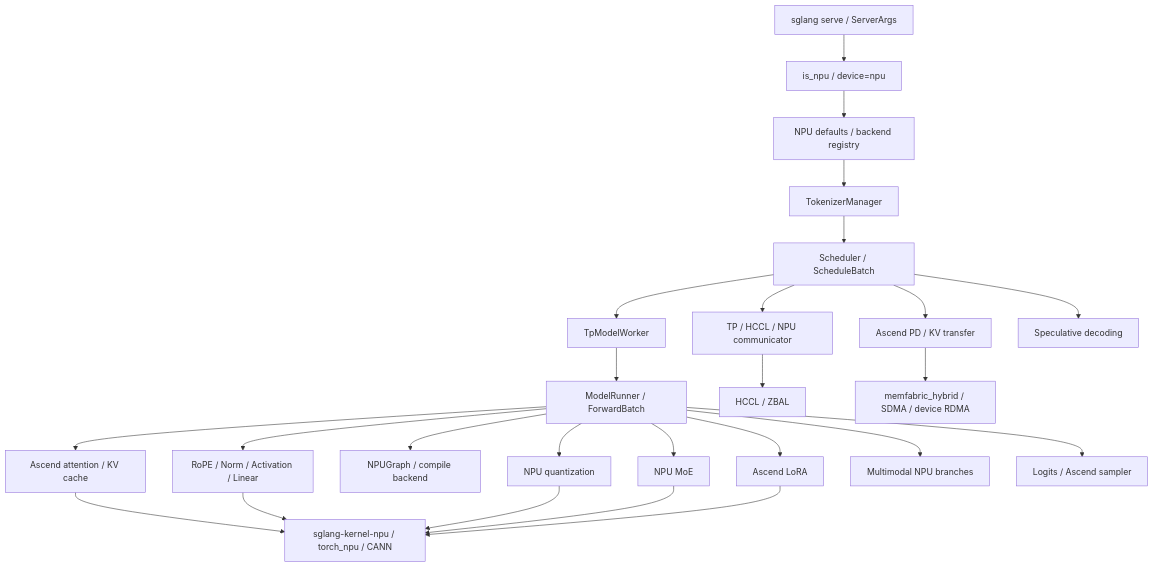
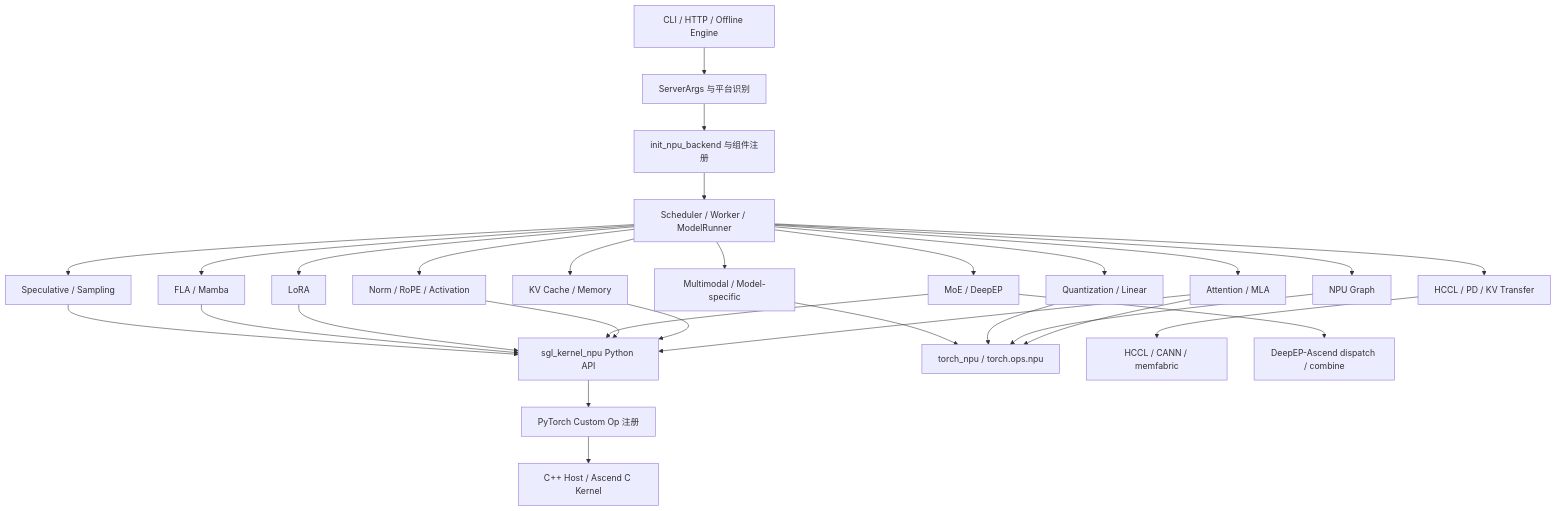
Before and after one commit to cl-vv-h/SGLang_Tutor: the diagram in learning/sglang-ascend-npu/source-code-walkthrough/README.md, drawn with Mermaid. The commit also changed other lines of this file and 8 other files, not shown here.

Commit message:
docs: restructure SGLang NPU source walkthrough by component

````diff
--- a/learning/sglang-ascend-npu/source-code-walkthrough/README.md
+++ b/learning/sglang-ascend-npu/source-code-walkthrough/README.md
@@ -49,29 +86,36 @@
 ```mermaid
 flowchart TB
-  CLI["sglang serve / ServerArgs"] --> DETECT["is_npu / device=npu"]
-  DETECT --> DEFAULTS["NPU defaults / backend registry"]
-  DEFAULTS --> TM["TokenizerManager"]
-  TM --> SCH["Scheduler / ScheduleBatch"]
-  SCH --> WORKER["TpModelWorker"]
-  WORKER --> MR["ModelRunner / ForwardBatch"]
+  API["CLI / HTTP / Offline Engine"] --> ARGS["ServerArgs 与平台识别"]
+  ARGS --> INIT["init_npu_backend 与组件注册"]
+  INIT --> RUNTIME["Scheduler / Worker / ModelRunner"]
 
-  MR --> ATTN["Ascend attention / KV cache"]
-  MR --> LAYER["RoPE / Norm / Activation / Linear"]
-  MR --> GRAPH["NPUGraph / compile backend"]
-  MR --> QUANT["NPU quantization"]
-  MR --> MOE["NPU MoE"]
-  MR --> LORA["Ascend LoRA"]
-  SCH --> DIST["TP / HCCL / NPU communicator"]
-  SCH --> PD["Ascend PD / KV transfer"]
-  SCH --> SPEC["Speculative decoding"]
-  MR --> MM["Multimodal NPU branches"]
-  MR --> LOGITS["Logits / Ascend sampler"]
+  RUNTIME --> ATTENTION["Attention / MLA"]
+  RUNTIME --> GRAPH["NPU Graph"]
+  RUNTIME --> CACHE["KV Cache / Memory"]
+  RUNTIME --> LAYER["Norm / RoPE / Activation"]
+  RUNTIME --> QUANT["Quantization / Linear"]
+  RUNTIME --> MOE["MoE / DeepEP"]
+  RUNTIME --> LORA["LoRA"]
+  RUNTIME --> SEQ["FLA / Mamba"]
+  RUNTIME --> SPEC["Speculative / Sampling"]
+  RUNTIME --> MODEL["Multimodal / Model-specific"]
+  RUNTIME --> DIST["HCCL / PD / KV Transfer"]
 
-  ATTN --> KERNEL["sglang-kernel-npu / torch_npu / CANN"]
-  LAYER --> KERNEL
-  QUANT --> KERNEL
-  MOE --> KERNEL
-  LORA --> KERNEL
-  DIST --> HCCL["HCCL / ZBAL"]
-  PD --> MF["memfabric_hybrid / SDMA / device RDMA"]
+  ATTENTION --> WRAPPER["sgl_kernel_npu Python API"]
+  CACHE --> WRAPPER
+  LAYER --> WRAPPER
+  MOE --> WRAPPER
+  LORA --> WRAPPER
+  SEQ --> WRAPPER
+  SPEC --> WRAPPER
+
+  ATTENTION --> TORCHNPU["torch_npu / torch.ops.npu"]
+  GRAPH --> TORCHNPU
+  QUANT --> TORCHNPU
+  MODEL --> TORCHNPU
+  DIST --> HCCL["HCCL / CANN / memfabric"]
+
+  WRAPPER --> REGISTER["PyTorch Custom Op 注册"]
+  REGISTER --> CSRC["C++ Host / Ascend C Kernel"]
+  MOE --> DEEPEP["DeepEP-Ascend dispatch / combine"]
 ```
````
